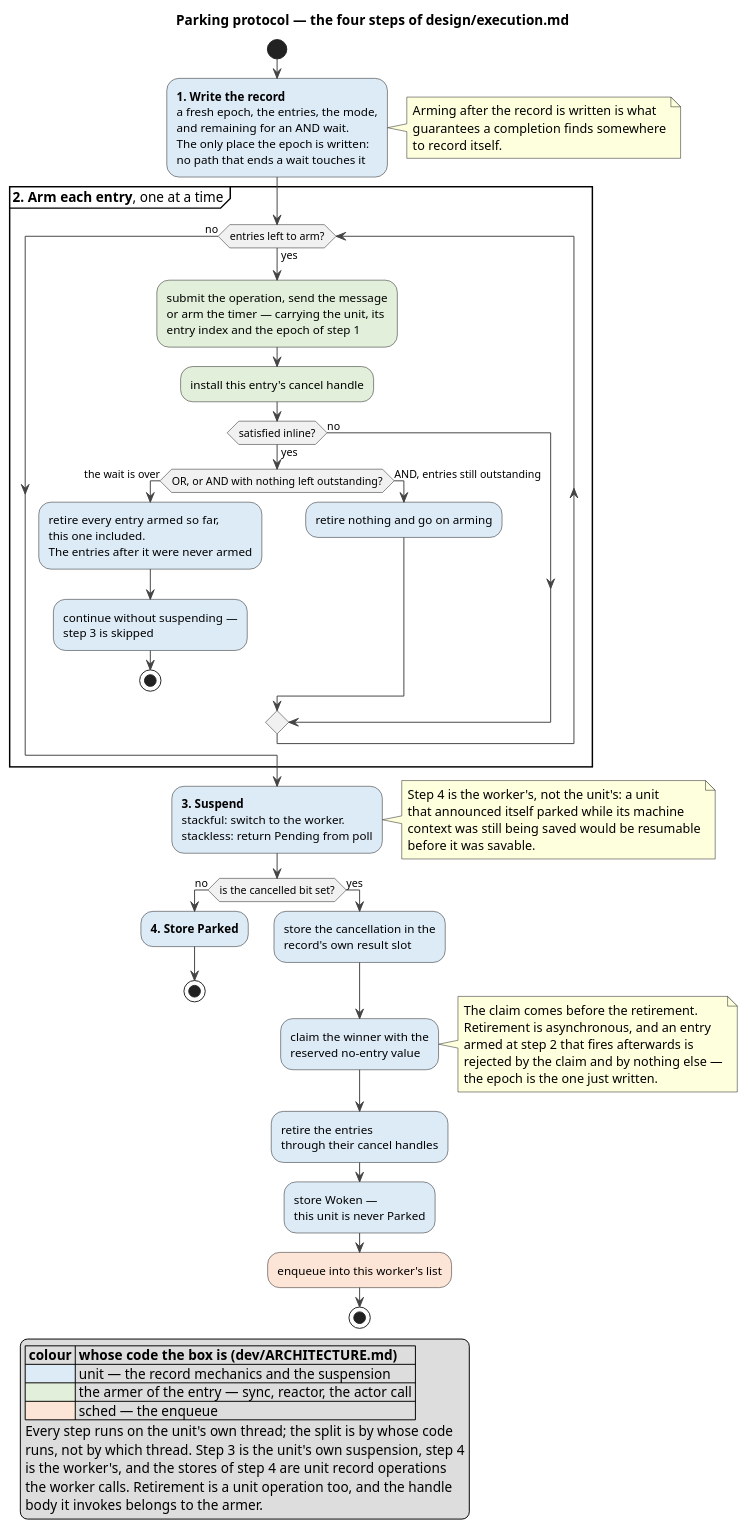
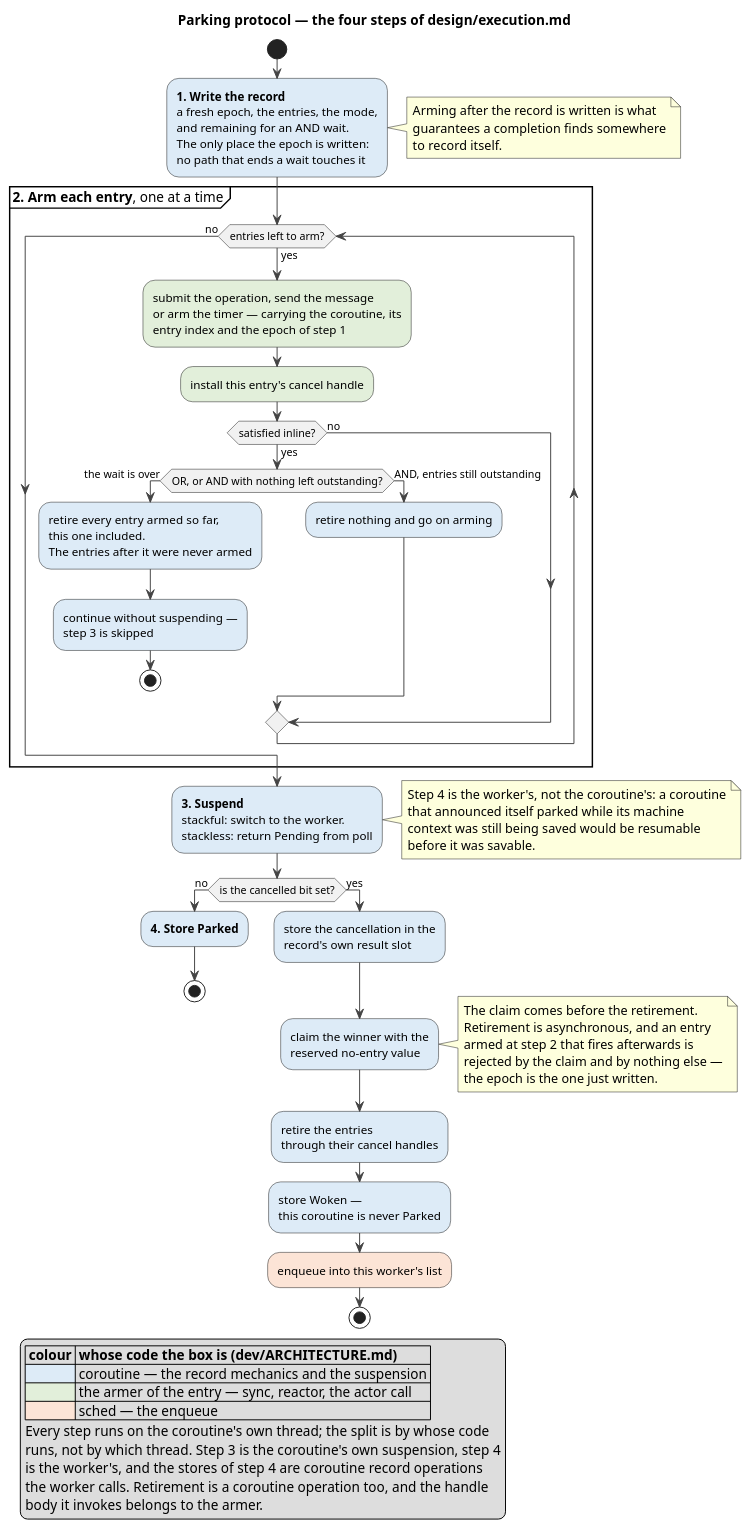
Before and after one commit to limelight-lang/io: the diagram in dev/design/parking.puml, drawn with PlantUML. The commit also changed 14 other files, not shown here.

Commit message:
execution: rename the execution unit to the coroutine

```diff
--- a/dev/design/parking.puml
+++ b/dev/design/parking.puml
@@ -1,89 +1,89 @@
 @startuml parking
 title Parking protocol — the four steps of design/execution.md
 
 skinparam defaultTextAlignment left
 skinparam ArrowColor #444444
 
 legend left
   |= colour |= whose code the box is (dev/ARCHITECTURE.md) |
-  |<#DDEBF7>  | unit — the record mechanics and the suspension |
+  |<#DDEBF7>  | coroutine — the record mechanics and the suspension |
   |<#E2EFDA>  | the armer of the entry — sync, reactor, the actor call |
   |<#FCE4D6>  | sched — the enqueue |
-  Every step runs on the unit's own thread; the split is by whose code
-  runs, not by which thread. Step 3 is the unit's own suspension, step 4
-  is the worker's, and the stores of step 4 are unit record operations
-  the worker calls. Retirement is a unit operation too, and the handle
+  Every step runs on the coroutine's own thread; the split is by whose code
+  runs, not by which thread. Step 3 is the coroutine's own suspension, step 4
+  is the worker's, and the stores of step 4 are coroutine record operations
+  the worker calls. Retirement is a coroutine operation too, and the handle
   body it invokes belongs to the armer.
 endlegend
 
 start
 
 #DDEBF7:**1. Write the record**
 a fresh epoch, the entries, the mode,
 and remaining for an AND wait.
 The only place the epoch is written:
 no path that ends a wait touches it;
 
 note right
   Arming after the record is written is what
   guarantees a completion finds somewhere
   to record itself.
 end note
 
 partition "**2. Arm each entry**, one at a time" {
   while (entries left to arm?) is (yes)
     #E2EFDA:submit the operation, send the message
-    or arm the timer — carrying the unit, its
+    or arm the timer — carrying the coroutine, its
     entry index and the epoch of step 1;
     #E2EFDA:install this entry's cancel handle;
     if (satisfied inline?) then (yes)
       if (OR, or AND with nothing left outstanding?) then (the wait is over)
         #DDEBF7:retire every entry armed so far,
         this one included.
         The entries after it were never armed;
         #DDEBF7:continue without suspending —
         step 3 is skipped;
         stop
       else (AND, entries still outstanding)
         #DDEBF7:retire nothing and go on arming;
       endif
     else (no)
     endif
   endwhile (no)
 }
 
 #DDEBF7:**3. Suspend**
 stackful: switch to the worker.
 stackless: return Pending from poll;
 
 note right
-  Step 4 is the worker's, not the unit's: a unit
+  Step 4 is the worker's, not the coroutine's: a coroutine
   that announced itself parked while its machine
   context was still being saved would be resumable
   before it was savable.
 end note
 
 if (is the cancelled bit set?) then (no)
   #DDEBF7:**4. Store Parked**;
   stop
 else (yes)
   #DDEBF7:store the cancellation in the
   record's own result slot;
   #DDEBF7:claim the winner with the
   reserved no-entry value;
   note right
     The claim comes before the retirement.
     Retirement is asynchronous, and an entry
     armed at step 2 that fires afterwards is
     rejected by the claim and by nothing else —
     the epoch is the one just written.
   end note
   #DDEBF7:retire the entries
   through their cancel handles;
   #DDEBF7:store Woken —
-  this unit is never Parked;
+  this coroutine is never Parked;
   #FCE4D6:enqueue into this worker's list;
   stop
 endif
 
 @enduml
```
